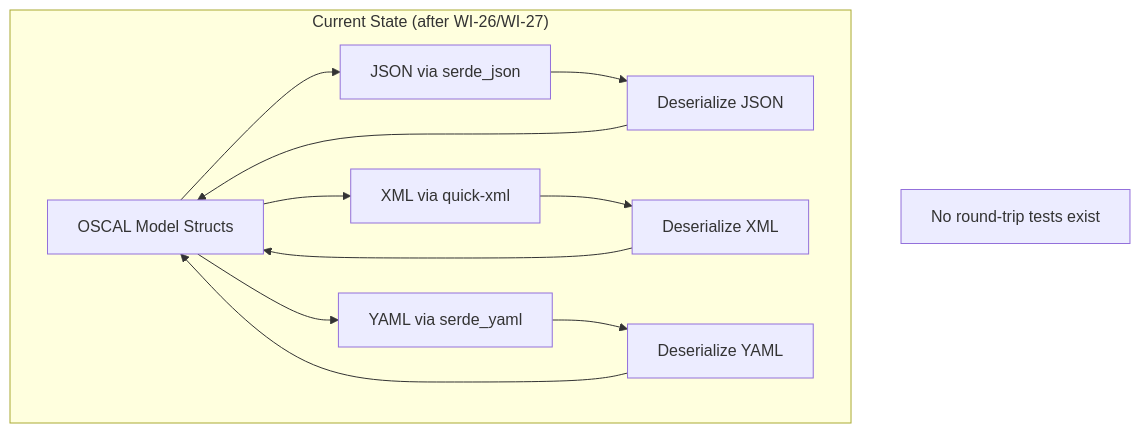
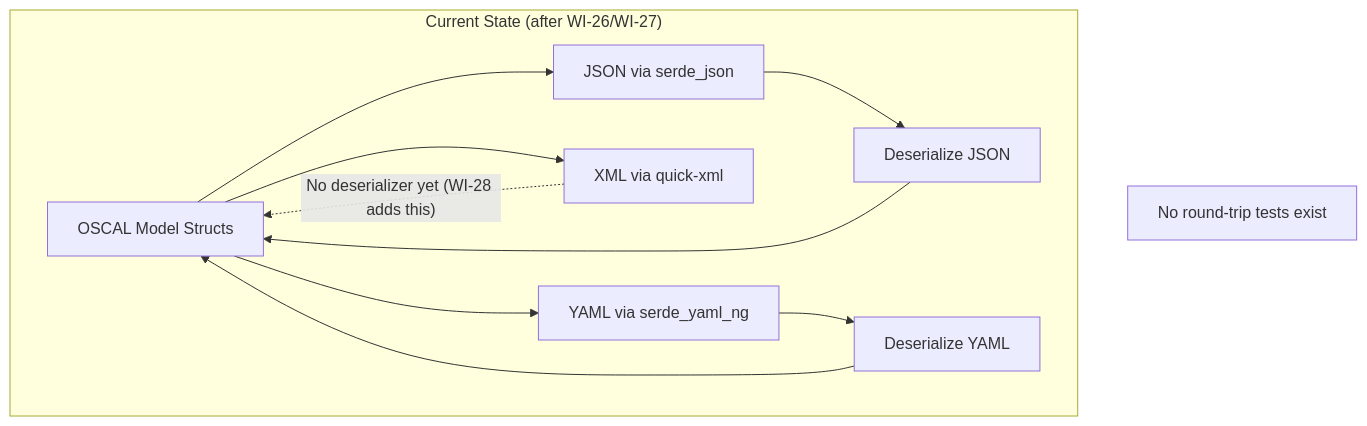
Before and after one commit to policy-forge/forge: the first of 5 diagrams in docs/AR/028-ar-round-trip-testing.md, drawn with Mermaid. The commit also changed other lines of this file and 22 other files, not shown here.

````diff
--- a/docs/AR/028-ar-round-trip-testing.md
+++ b/docs/AR/028-ar-round-trip-testing.md
@@ -81,15 +81,14 @@
 ```mermaid
 graph TD
     subgraph "Current State (after WI-26/WI-27)"
         Model[OSCAL Model Structs] --> JSON[JSON via serde_json]
         Model --> XML[XML via quick-xml]
-        Model --> YAML[YAML via serde_yaml]
+        Model --> YAML[YAML via serde_yaml_ng]
         JSON --> DeJ[Deserialize JSON]
-        XML --> DeX[Deserialize XML]
         YAML --> DeY[Deserialize YAML]
         DeJ --> Model
-        DeX --> Model
         DeY --> Model
     end
+    XML -.->|"No deserializer yet (WI-28 adds this)"| Model
     NoTest["No round-trip tests exist"]
 ```
````
